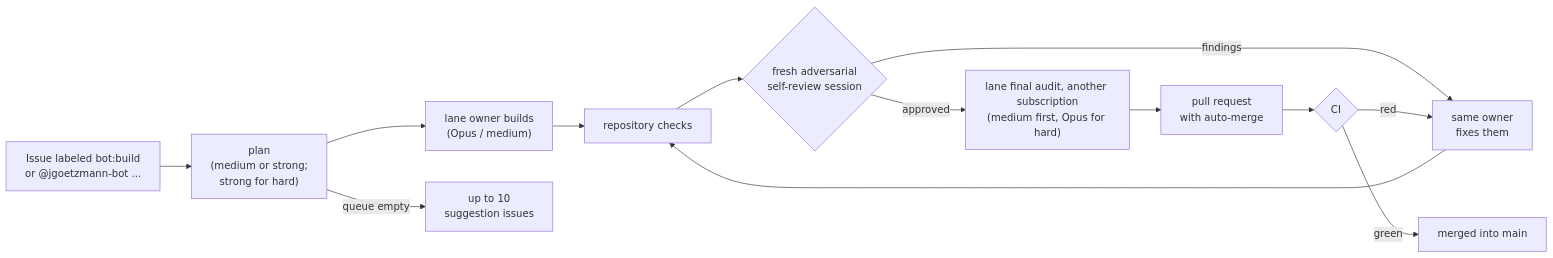
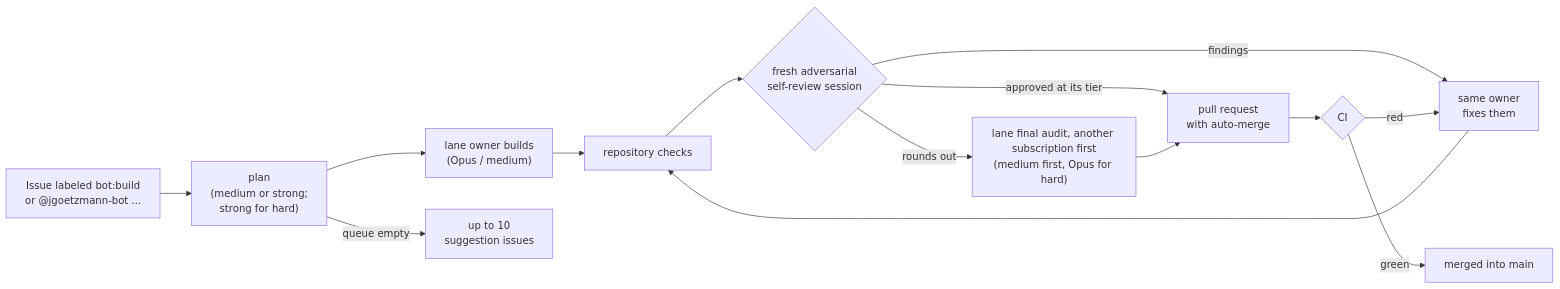
The second of 2 diagrams in README.md (Jlore-Studios/JackiOh), drawn with Mermaid before and after one commit. The commit also changed other lines of this file and 45 other files, not shown here.

First line of the commit message:
night bot: an item's own lane approves its work (Opus for hard), the spot-check samples medium and hard merges, and agy stays on Gemini 3.8 Flash (#2748)

````diff
--- a/README.md
+++ b/README.md
@@ -113,14 +115,15 @@
 ```mermaid
 flowchart LR
   A["Issue labeled bot:build<br/>or @jgoetzmann-bot ..."] --> P["plan<br/>(medium or strong;<br/>strong for hard)"]
   P --> C["lane owner builds<br/>(Opus / medium)"]
   C --> D["repository checks"]
   D --> E{"fresh adversarial<br/>self-review session"}
   E -- "findings" --> F["same owner<br/>fixes them"] --> D
-  E -- "approved" --> FA["lane final audit, another subscription<br/>(medium first, Opus for hard)"]
-  FA --> G["pull request<br/>with auto-merge"]
+  E -- "approved at its tier" --> G["pull request<br/>with auto-merge"]
+  E -- "rounds out" --> FA["lane final audit, another subscription first<br/>(medium first, Opus for hard)"]
+  FA --> G
   G --> H{"CI"}
   H -- "green" --> I["merged into main"]
   H -- "red" --> F
   P -- "queue empty" --> J["up to 10<br/>suggestion issues"]
 ```
````
